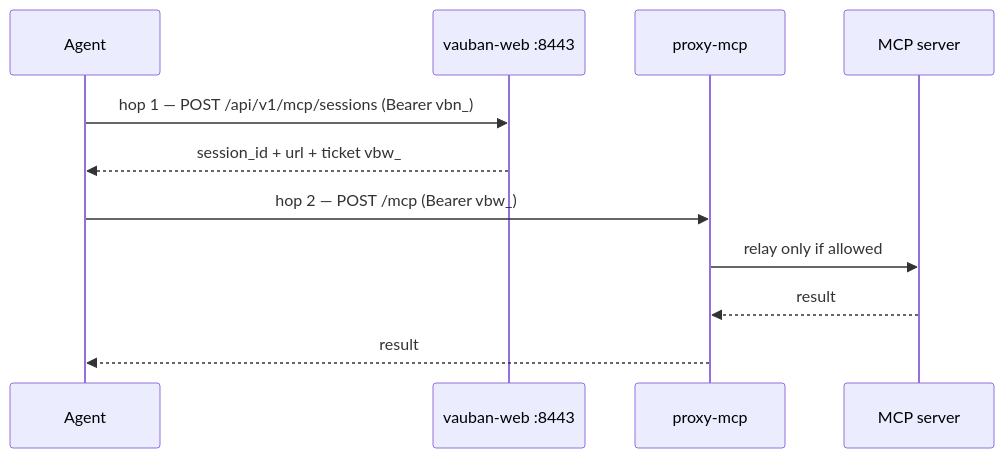
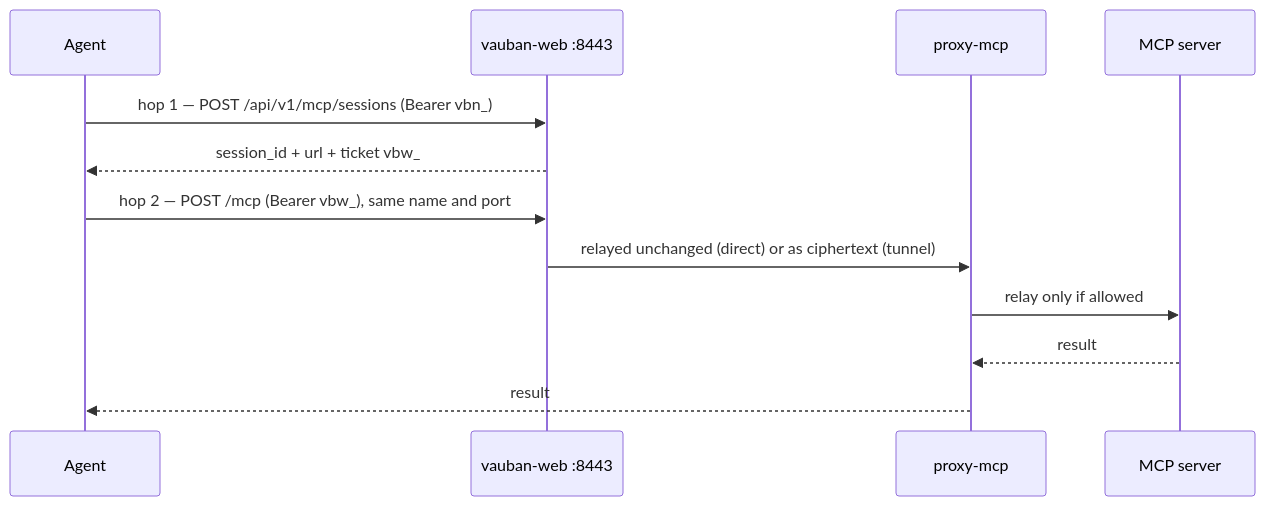
The second of 5 diagrams in docs/user/Vauban_MCP_User_Guide_EN.md (rbenaley/Vauban), drawn with Mermaid before and after one commit. The commit also changed other lines of this file and 5 other files, not shown here.

````diff
--- a/docs/user/Vauban_MCP_User_Guide_EN.md
+++ b/docs/user/Vauban_MCP_User_Guide_EN.md
@@ -44,14 +43,15 @@
 ```mermaid
 sequenceDiagram
   participant Agent
   participant Web as vauban-web :8443
   participant Proxy as proxy-mcp
   participant Up as MCP server
 
   Agent->>Web: hop 1 — POST /api/v1/mcp/sessions (Bearer vbn_)
   Web-->>Agent: session_id + url + ticket vbw_
-  Agent->>Proxy: hop 2 — POST /mcp (Bearer vbw_)
+  Agent->>Web: hop 2 — POST /mcp (Bearer vbw_), same name and port
+  Web->>Proxy: relayed unchanged (direct) or as ciphertext (tunnel)
   Proxy->>Up: relay only if allowed
   Up-->>Proxy: result
   Proxy-->>Agent: result
 ```
````
